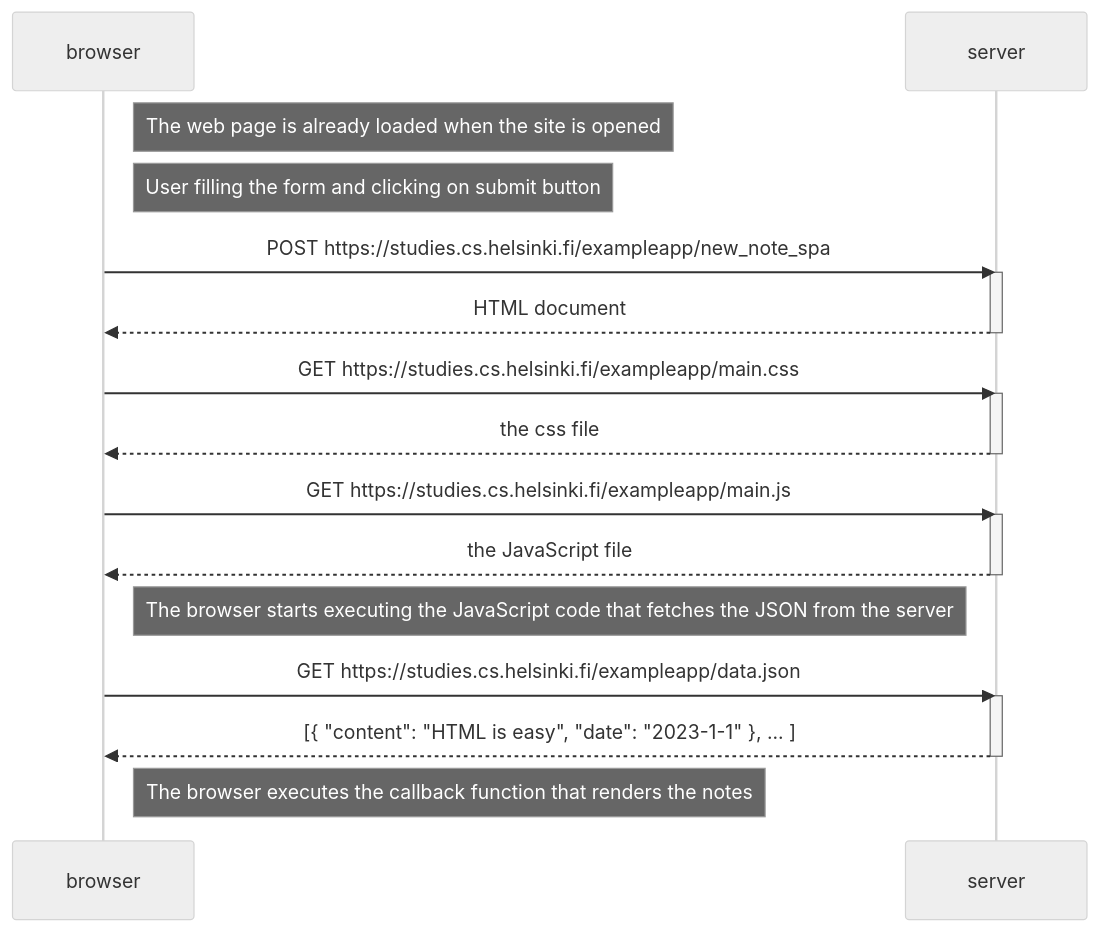
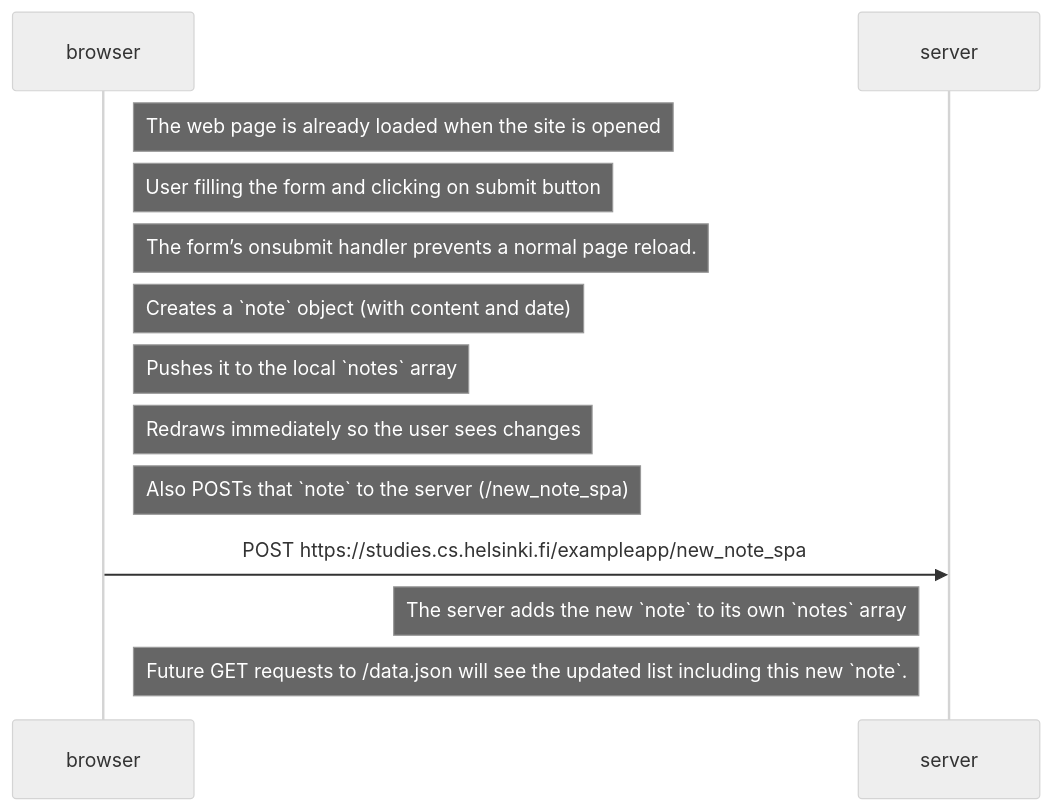
One commit to adibmp137/fullstackopen changed the diagram in part0/0.6-New-note-in-Single-page-app-diagram.md. Above: the diagram before and after it, drawn with Mermaid (neutral theme).

````diff
--- a/part0/0.6-New-note-in-Single-page-app-diagram.md
+++ b/part0/0.6-New-note-in-Single-page-app-diagram.md
@@ -1,32 +1,18 @@
 ```mermaid
 sequenceDiagram
     participant browser
     participant server
 
     Note right of browser:The web page is already loaded when the site is opened
     Note right of browser:User filling the form and clicking on submit button
+    Note right of browser:The form’s onsubmit handler prevents a normal page reload.
+    Note right of browser:Creates a `note` object (with content and date)
+    Note right of browser:Pushes it to the local `notes` array
+    Note right of browser:Redraws immediately so the user sees changes
+    Note right of browser:Also POSTs that `note` to the server (/new_note_spa)
 
     browser->>server: POST https://studies.cs.helsinki.fi/exampleapp/new_note_spa
     activate server
-    server-->>browser: HTML document
-    deactivate server
-
-    browser->>server: GET https://studies.cs.helsinki.fi/exampleapp/main.css
-    activate server
-    server-->>browser: the css file
-    deactivate server
-
-    browser->>server: GET https://studies.cs.helsinki.fi/exampleapp/main.js
-    activate server
-    server-->>browser: the JavaScript file
-    deactivate server
-
-    Note right of browser: The browser starts executing the JavaScript code that fetches the JSON from the server
-
-    browser->>server: GET https://studies.cs.helsinki.fi/exampleapp/data.json
-    activate server
-    server-->>browser: [{ "content": "HTML is easy", "date": "2023-1-1" }, ... ]
-    deactivate server
-
-    Note right of browser: The browser executes the callback function that renders the notes
+    Note left of server:The server adds the new `note` to its own `notes` array
+    Note left of server:Future GET requests to /data.json will see the updated list including this new `note`.
 ```
````
